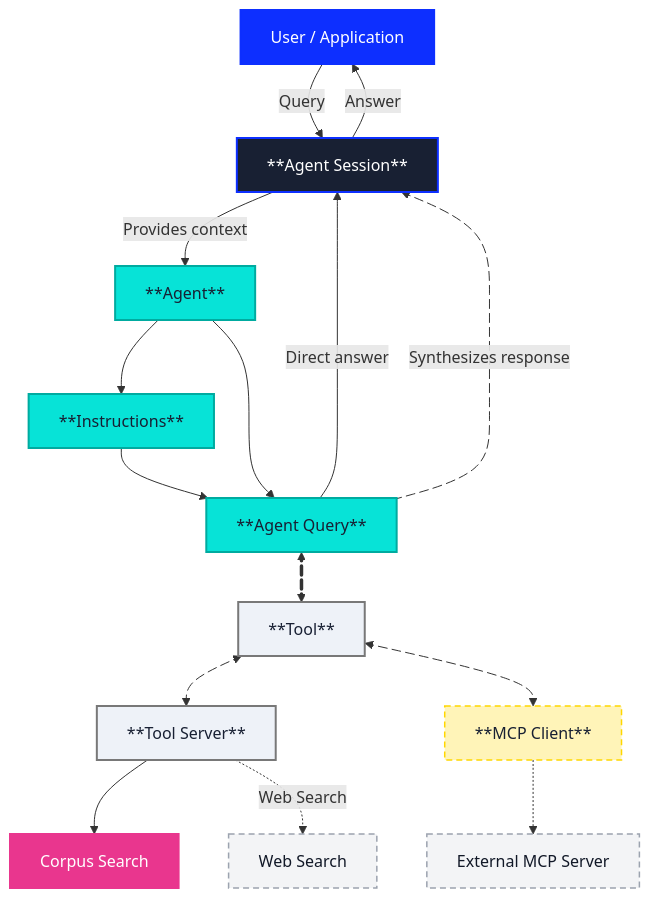
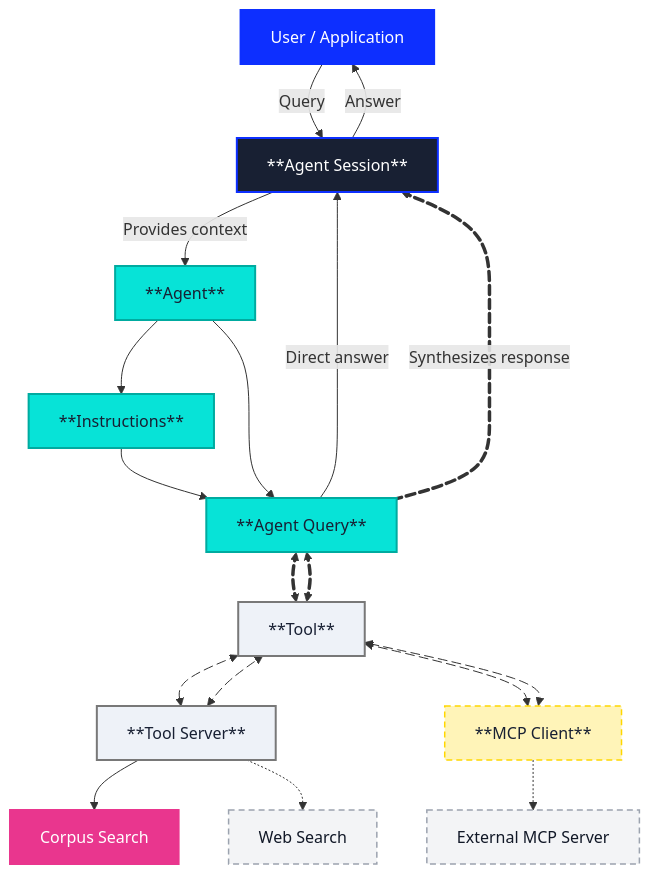
The diagram in www/docs/agents/agent-platform-overview.md (vectara/vectara-docs), drawn with Mermaid before and after one commit. The commit also changed other lines of this file and 11 other files, not shown here.

````diff
--- a/www/docs/agents/agent-platform-overview.md
+++ b/www/docs/agents/agent-platform-overview.md
@@ -86,67 +86,73 @@
 ```mermaid
 flowchart TD
     %% Nodes
     User["User / Application"]
     Session["**Agent Session**"]
     Agent["**Agent**"]
     Inst["**Instructions**"]
     Query["**Agent Query**"]
 
     %% Tools + execution layer
     Tool["**Tool**"]
     ToolServer["**Tool Server**"]
 
     %% Data/targets
     Corpus["Corpus Search"]
     Web["Web Search"]
 
     %% MCP
     MCP["**MCP Client**"]
     ExtMCP["External MCP Server"]
 
     %% Core flow
     User -->|Query| Session
     Session -->|Provides context| Agent
     Agent --> Inst
     Inst --> Query
     Agent --> Query
     Query -->|Direct answer| Session
     Query e4@<==> Tool
+    Tool e5@<==> Query
 
-    %% Internal tool execution paths (v0 focus)
+    %% Internal tool execution paths
     Tool e3@<--> ToolServer
+    ToolServer e7@<--> Tool
     ToolServer --> Corpus
-    ToolServer -.->|Web Search| Web
+    ToolServer -.-> Web
 
     %% Optional MCP path (de-emphasized)
     Tool e2@<--> MCP
+    MCP e6@<--> Tool
     MCP -.-> ExtMCP
 
     %% Return to user
-    Query e1@-->|Synthesizes response| Session
+    Query e1@==>|Synthesizes response| Session
     Session -->|Answer| User
 
     %% Classes for color grouping
     classDef userEntry fill:#0D2FFF,color:#fff,stroke:#0D2FFF,stroke-width:2px;
     classDef session fill:#182033,color:#fff,stroke:#0D2FFF,stroke-width:2px;
     classDef agentic fill:#07E3D7,color:#182033,stroke:#00ABA0,stroke-width:2px;
     classDef toolLayer fill:#EEF2F8,color:#182033,stroke:#787878,stroke-width:2px;
     classDef corpus fill:#E9368E,color:#fff,stroke:#E9368E,stroke-width:2px;
     classDef external fill:#F3F4F6,color:#111827,stroke:#9CA3AF,stroke-width:1.5px,stroke-dasharray: 6 4;
     classDef mcpTP fill:#FFF4B8,color:#182033,stroke:#FFD700,stroke-width:1.5px,stroke-dasharray: 6 4;
 
     %% Assign classes
     class User userEntry;
     class Session session;
     class Agent,Inst,Query agentic;
     class Tool,ToolServer toolLayer;
     class Corpus corpus;
     class Web,ExtMCP external;
     class MCP mcpTP;
 
     %% Animations
     e1@{ animation: slow }
     e2@{ animation: slow }
     e3@{ animation: slow }
     e4@{ animation: slow }
+    e5@{ animation: slow }
+    e6@{ animation: slow }
+    e7@{ animation: slow }
 ```
````
